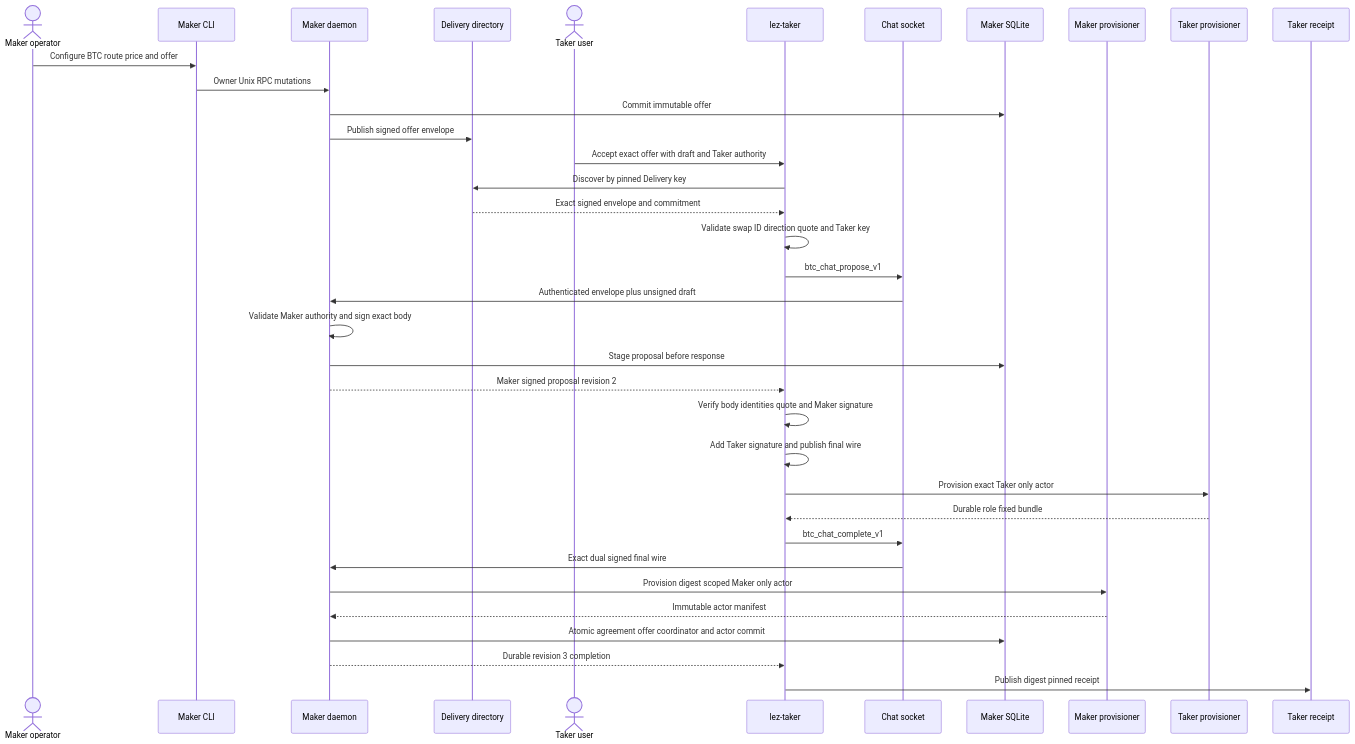
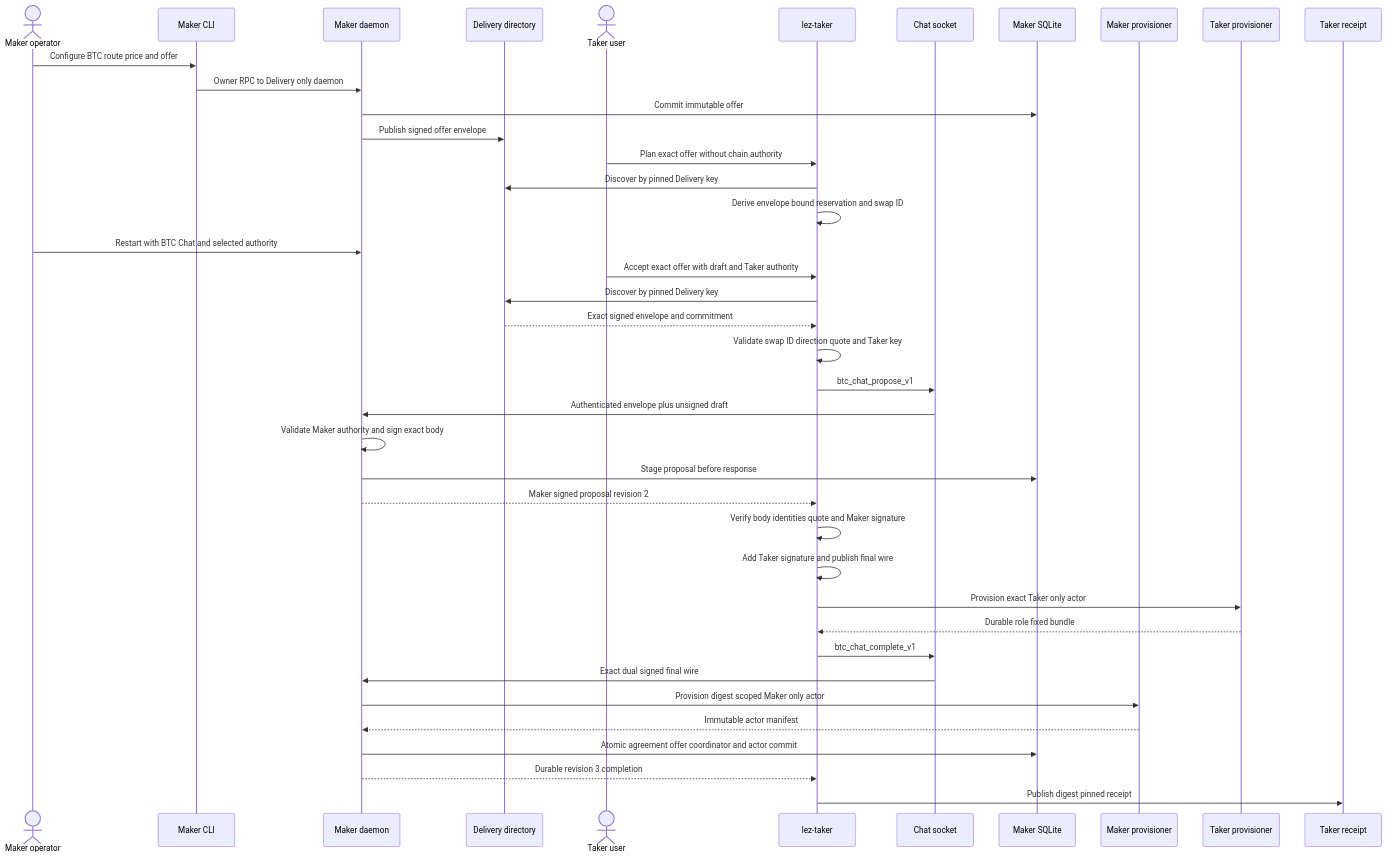
The second of 3 diagrams in docs/architecture/0109-hand-off-btc-from-chat-to-role-actors.md (gateway-fm/lez-atomic-swaps), drawn with Mermaid before and after one commit. The commit also changed other lines of this file and 10 other files, not shown here.

Commit message:
feat(m5): plan bitcoin handoff before chain authority

````diff
--- a/docs/architecture/0109-hand-off-btc-from-chat-to-role-actors.md
+++ b/docs/architecture/0109-hand-off-btc-from-chat-to-role-actors.md
@@ -75,39 +90,43 @@
 ```mermaid
 sequenceDiagram
     actor O as Maker operator
     participant M as Maker CLI
     participant D as Maker daemon
     participant X as Delivery directory
     actor U as Taker user
     participant T as lez-taker
     participant C as Chat socket
     participant S as Maker SQLite
     participant MP as Maker provisioner
     participant TP as Taker provisioner
     participant R as Taker receipt
 
     O->>M: Configure BTC route price and offer
-    M->>D: Owner Unix RPC mutations
+    M->>D: Owner RPC to Delivery only daemon
     D->>S: Commit immutable offer
     D->>X: Publish signed offer envelope
+    U->>T: Plan exact offer without chain authority
+    T->>X: Discover by pinned Delivery key
+    T->>T: Derive envelope bound reservation and swap ID
+    O->>D: Restart with BTC Chat and selected authority
     U->>T: Accept exact offer with draft and Taker authority
     T->>X: Discover by pinned Delivery key
     X-->>T: Exact signed envelope and commitment
     T->>T: Validate swap ID direction quote and Taker key
     T->>C: btc_chat_propose_v1
     C->>D: Authenticated envelope plus unsigned draft
     D->>D: Validate Maker authority and sign exact body
     D->>S: Stage proposal before response
     D-->>T: Maker signed proposal revision 2
     T->>T: Verify body identities quote and Maker signature
     T->>T: Add Taker signature and publish final wire
     T->>TP: Provision exact Taker only actor
     TP-->>T: Durable role fixed bundle
     T->>C: btc_chat_complete_v1
     C->>D: Exact dual signed final wire
     D->>MP: Provision digest scoped Maker only actor
     MP-->>D: Immutable actor manifest
     D->>S: Atomic agreement offer coordinator and actor commit
     D-->>T: Durable revision 3 completion
     T->>R: Publish digest pinned receipt
 ```
````
